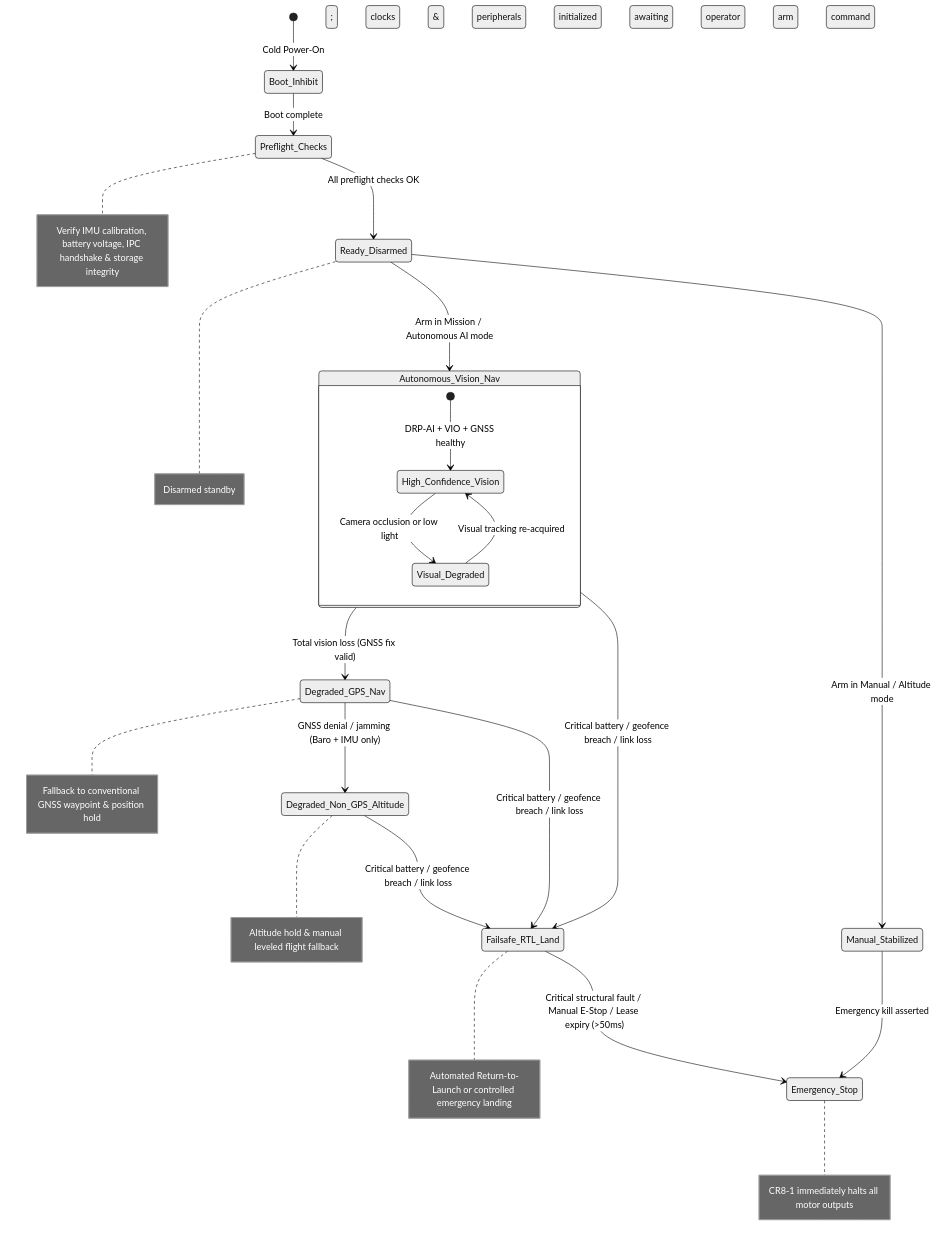
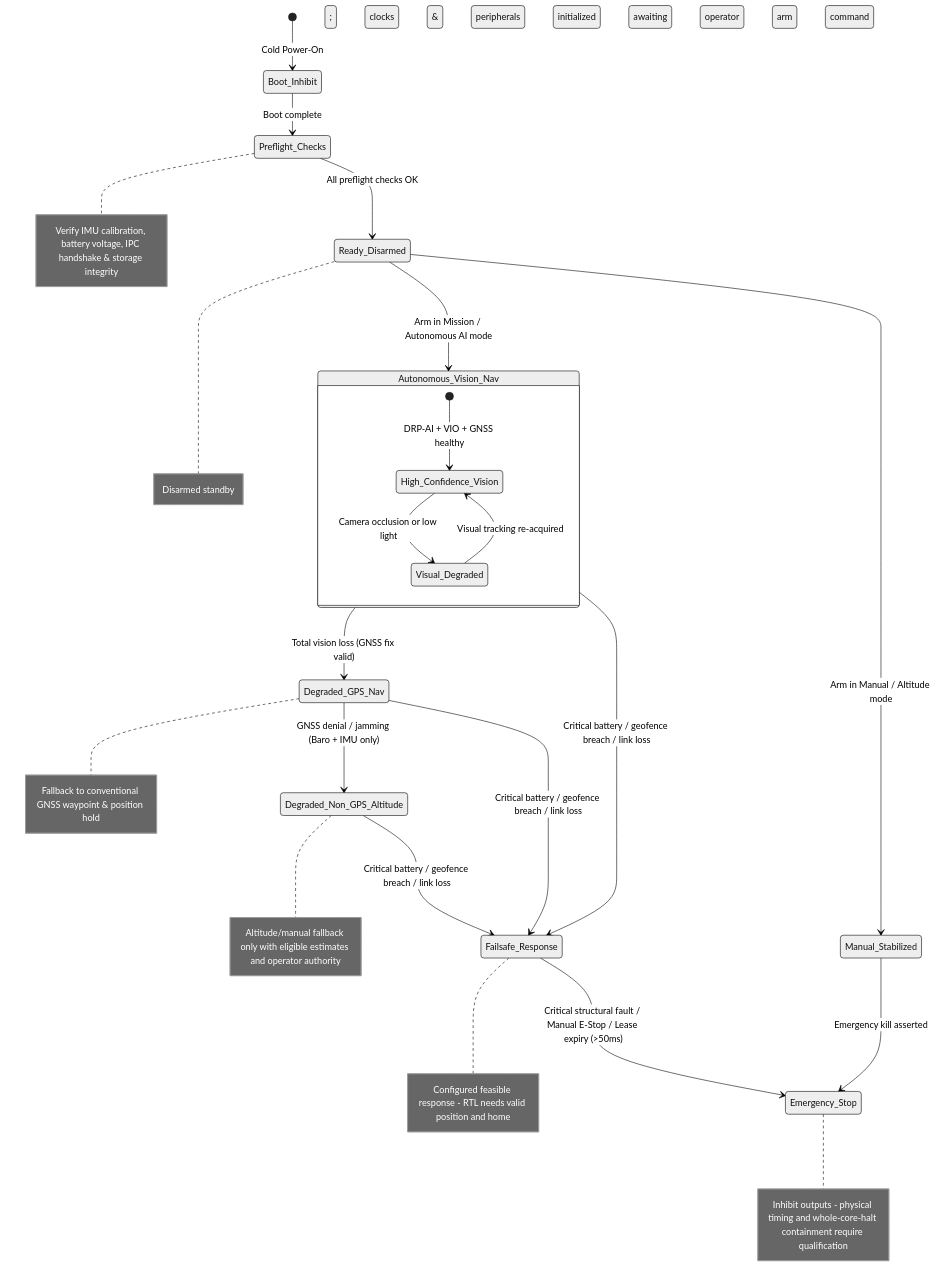
The fifth of 5 diagrams in docs/renesas/marketing/rzv2h-autonomous-drone-solution.md (nguyentri/PX4-Autopilot), drawn with Mermaid (neutral theme) before and after one commit. The commit also changed other lines of this file and 14 other files, not shown here.

````diff
--- a/docs/renesas/marketing/rzv2h-autonomous-drone-solution.md
+++ b/docs/renesas/marketing/rzv2h-autonomous-drone-solution.md
@@ -357,34 +348,34 @@
 ```mermaid
 stateDiagram-v2
     [*] --> Boot_Inhibit : Cold Power-On
 
     Boot_Inhibit --> Preflight_Checks : Boot complete; clocks & peripherals initialized
     note right of Preflight_Checks : Verify IMU calibration, battery voltage, IPC handshake & storage integrity
 
     Preflight_Checks --> Ready_Disarmed : All preflight checks OK
     note right of Ready_Disarmed : Disarmed standby; awaiting operator arm command
 
     Ready_Disarmed --> Manual_Stabilized : Arm in Manual / Altitude mode
     Ready_Disarmed --> Autonomous_Vision_Nav : Arm in Mission / Autonomous AI mode
 
     state Autonomous_Vision_Nav {
         [*] --> High_Confidence_Vision : DRP-AI + VIO + GNSS healthy
         High_Confidence_Vision --> Visual_Degraded : Camera occlusion or low light
         Visual_Degraded --> High_Confidence_Vision : Visual tracking re-acquired
     }
 
     Autonomous_Vision_Nav --> Degraded_GPS_Nav : Total vision loss (GNSS fix valid)
     note right of Degraded_GPS_Nav : Fallback to conventional GNSS waypoint & position hold
 
     Degraded_GPS_Nav --> Degraded_Non_GPS_Altitude : GNSS denial / jamming (Baro + IMU only)
-    note right of Degraded_Non_GPS_Altitude : Altitude hold & manual leveled flight fallback
+    note right of Degraded_Non_GPS_Altitude : Altitude/manual fallback only with eligible estimates and operator authority
 
-    Degraded_Non_GPS_Altitude --> Failsafe_RTL_Land : Critical battery / geofence breach / link loss
-    Degraded_GPS_Nav --> Failsafe_RTL_Land : Critical battery / geofence breach / link loss
-    Autonomous_Vision_Nav --> Failsafe_RTL_Land : Critical battery / geofence breach / link loss
-    note right of Failsafe_RTL_Land : Automated Return-to-Launch or controlled emergency landing
+    Degraded_Non_GPS_Altitude --> Failsafe_Response : Critical battery / geofence breach / link loss
+    Degraded_GPS_Nav --> Failsafe_Response : Critical battery / geofence breach / link loss
+    Autonomous_Vision_Nav --> Failsafe_Response : Critical battery / geofence breach / link loss
+    note right of Failsafe_Response : Configured feasible response - RTL needs valid position and home
 
-    Failsafe_RTL_Land --> Emergency_Stop : Critical structural fault / Manual E-Stop / Lease expiry (>50ms)
+    Failsafe_Response --> Emergency_Stop : Critical structural fault / Manual E-Stop / Lease expiry (>50ms)
     Manual_Stabilized --> Emergency_Stop : Emergency kill asserted
-    note right of Emergency_Stop : CR8-1 immediately halts all motor outputs
+    note right of Emergency_Stop : Inhibit outputs - physical timing and whole-core-halt containment require qualification
 ```
````
